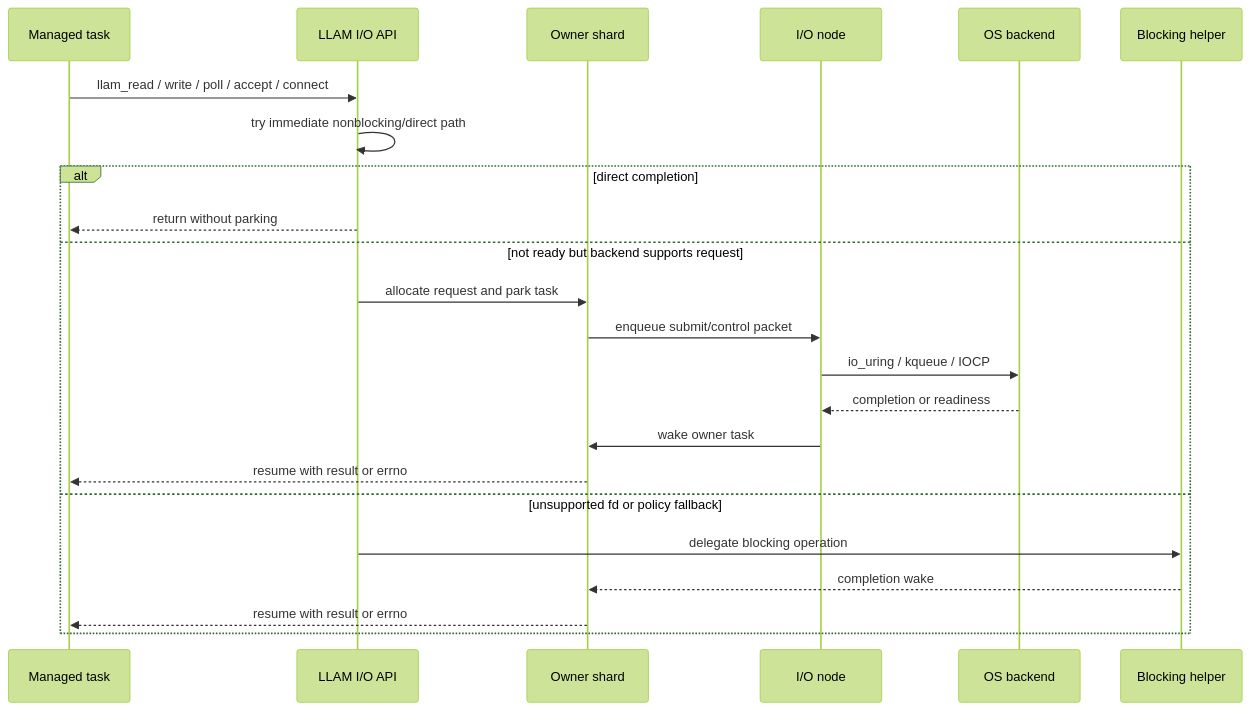
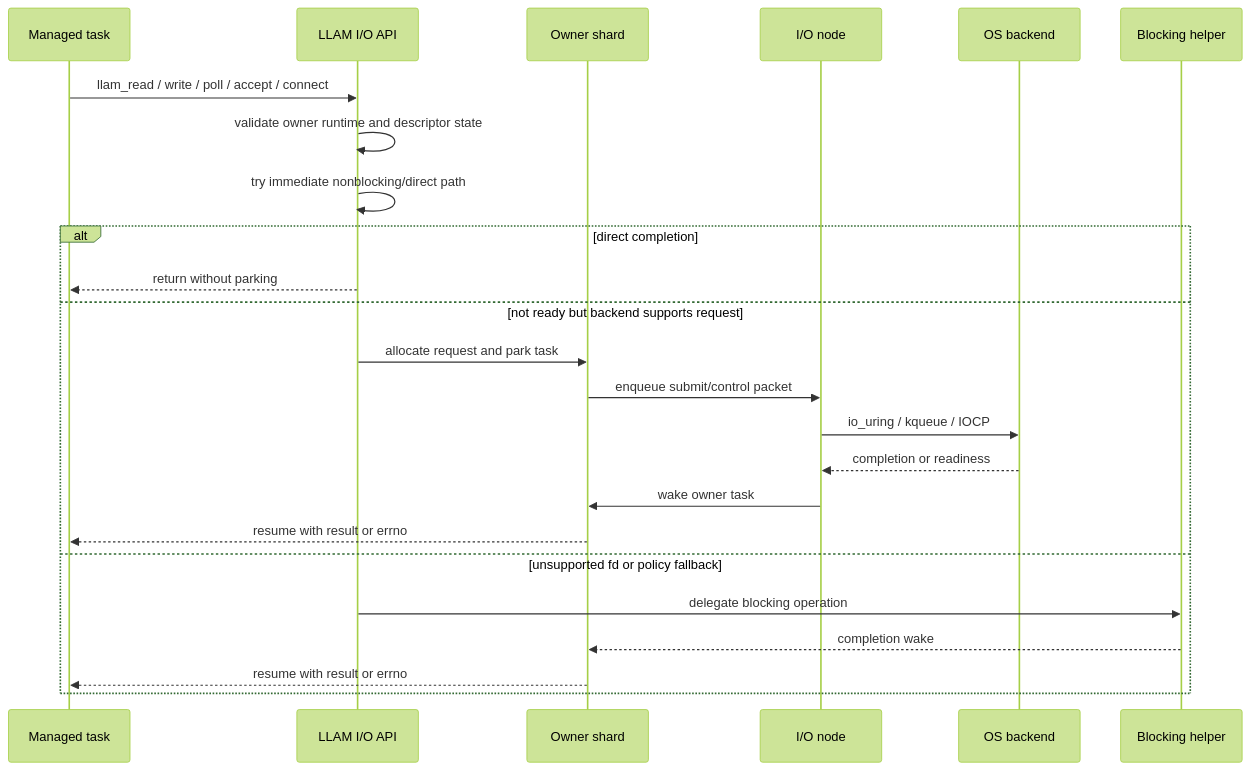
Before and after one commit to Feralthedogg/LLAM: the fourth of 4 diagrams in README.md, drawn with Mermaid (forest theme). The commit also changed other lines of this file and 4 other files, not shown here.

````diff
--- a/README.md
+++ b/README.md
@@ -1140,26 +1179,27 @@
 ```mermaid
 sequenceDiagram
     participant Task as Managed task
     participant API as LLAM I/O API
     participant Shard as Owner shard
     participant Node as I/O node
     participant Kernel as OS backend
     participant Fallback as Blocking helper
 
     Task->>API: llam_read / write / poll / accept / connect
+    API->>API: validate owner runtime and descriptor state
     API->>API: try immediate nonblocking/direct path
     alt direct completion
         API-->>Task: return without parking
     else not ready but backend supports request
         API->>Shard: allocate request and park task
         Shard->>Node: enqueue submit/control packet
         Node->>Kernel: io_uring / kqueue / IOCP
         Kernel-->>Node: completion or readiness
         Node->>Shard: wake owner task
         Shard-->>Task: resume with result or errno
     else unsupported fd or policy fallback
         API->>Fallback: delegate blocking operation
         Fallback-->>Shard: completion wake
         Shard-->>Task: resume with result or errno
     end
 ```
````
